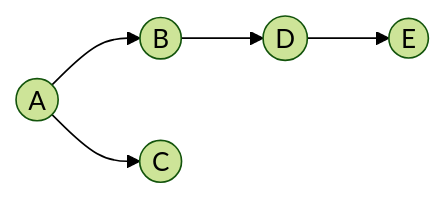
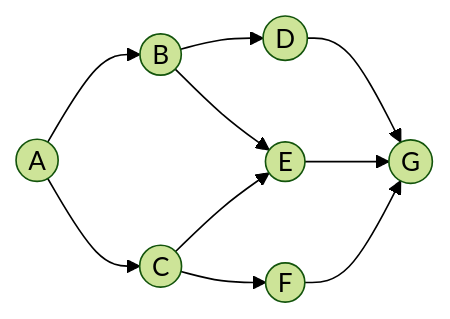
One commit to freeedoooooo/algs changed the diagram in my-notes/01-基础巩固/11-图相关的算法/03-图的深度优先遍历-DFS.md. Above: the diagram before and after it, drawn with Mermaid (forest theme). The commit also changed other lines of this file, not shown here.

````diff
--- a/my-notes/01-基础巩固/11-图相关的算法/03-图的深度优先遍历-DFS.md
+++ b/my-notes/01-基础巩固/11-图相关的算法/03-图的深度优先遍历-DFS.md
@@ -74,7 +74,12 @@
 ```mermaid
 graph LR
     A((A)) --> B((B))
     A --> C((C))
     B --> D((D))
-    D --> E((E))
+    B --> E((E))
+    C --> E
+    C --> F((F))
+    D --> G((G))
+    E --> G
+    F --> G
 ```
````
